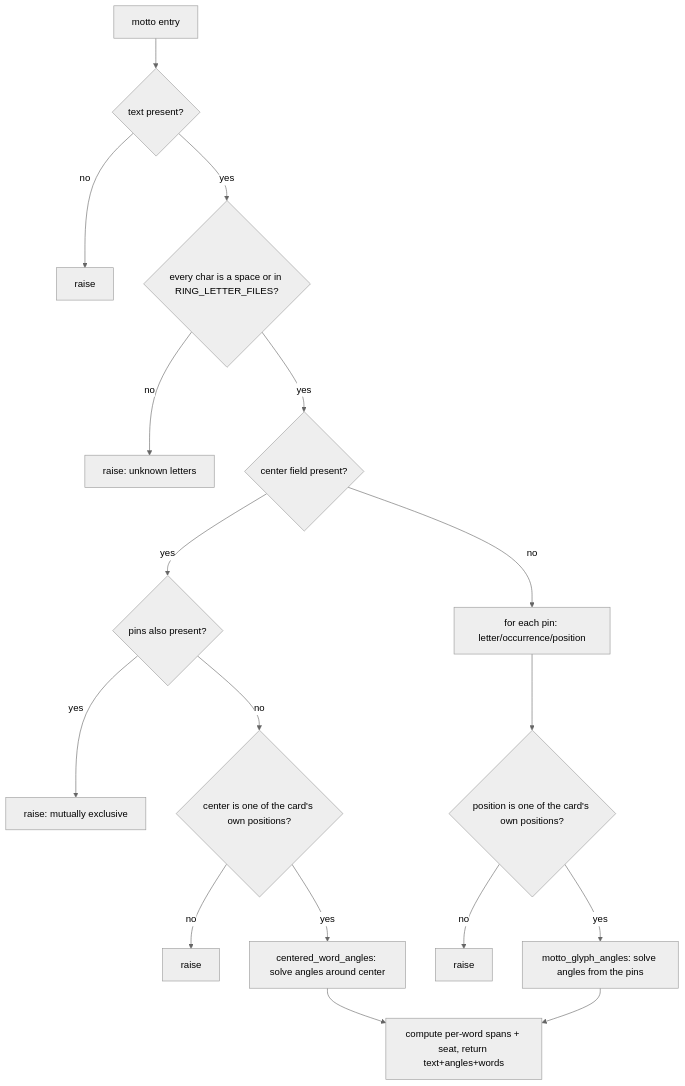
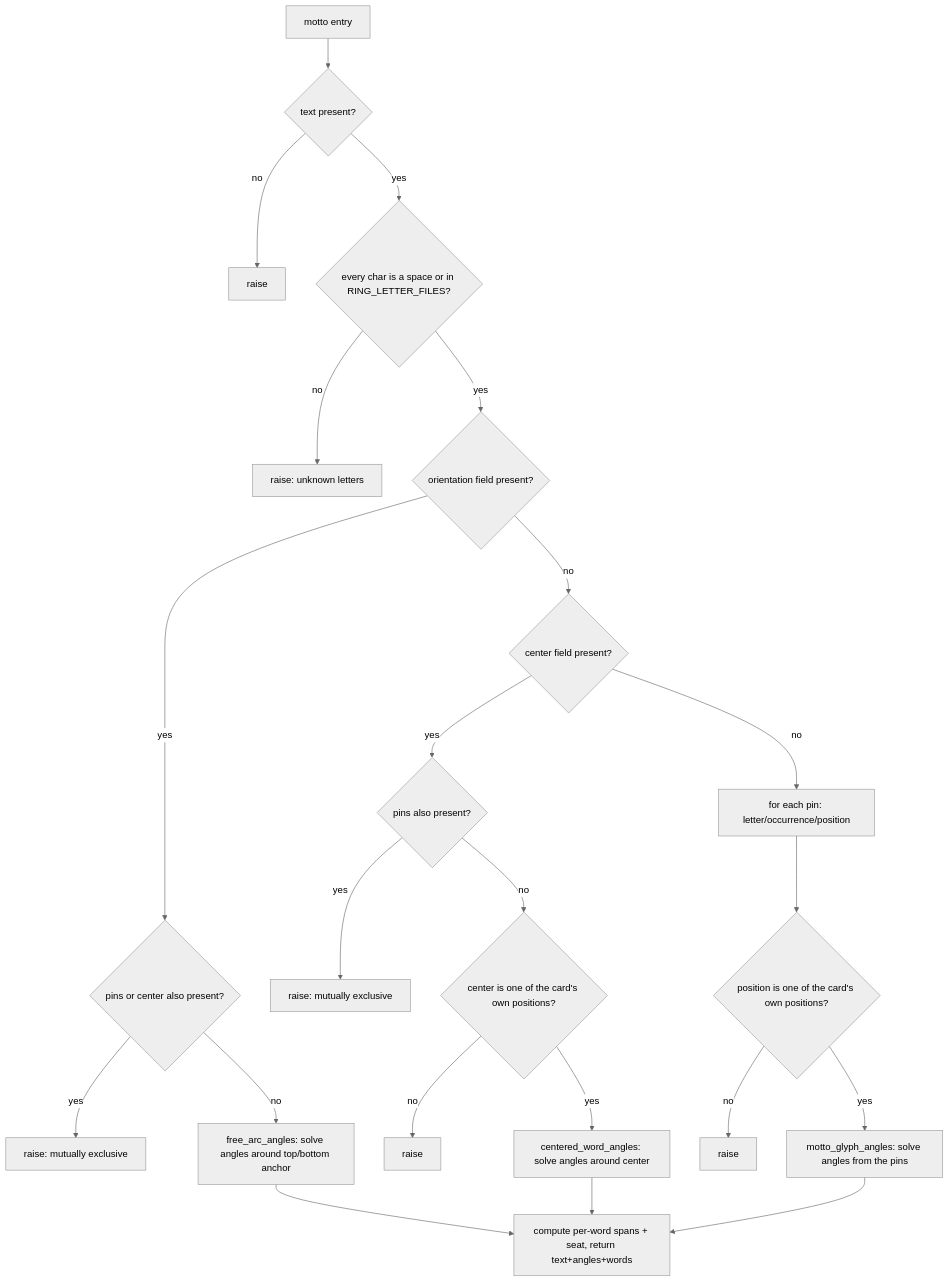
The second of 2 diagrams in data/__flow/rings.md (UVuruna/Watch-Academy), drawn with Mermaid (neutral theme) before and after one commit. The commit also changed other lines of this file and 18 other files, not shown here.

````diff
--- a/data/__flow/rings.md
+++ b/data/__flow/rings.md
@@ -51,19 +54,24 @@
 ```mermaid
 flowchart TB
     A[motto entry] --> B{text present?}
     B -- no --> X1[raise]
     B -- yes --> C{every char is a space or in RING_LETTER_FILES?}
     C -- no --> X2[raise: unknown letters]
-    C -- yes --> D{center field present?}
+    C -- yes --> O{orientation field present?}
+    O -- yes --> O2{pins or center also present?}
+    O2 -- yes --> X0[raise: mutually exclusive]
+    O2 -- no --> O3[free_arc_angles: solve angles around top/bottom anchor]
+    O -- no --> D{center field present?}
     D -- yes --> E{pins also present?}
     E -- yes --> X3[raise: mutually exclusive]
     E -- no --> F{center is one of the card's own positions?}
     F -- no --> X4[raise]
     F -- yes --> G[centered_word_angles: solve angles around center]
     D -- no --> H[for each pin: letter/occurrence/position]
     H --> I{position is one of the card's own positions?}
     I -- no --> X5[raise]
     I -- yes --> J[motto_glyph_angles: solve angles from the pins]
-    G --> K[compute per-word spans + seat, return text+angles+words]
+    O3 --> K[compute per-word spans + seat, return text+angles+words]
+    G --> K
     J --> K
 ```
````
